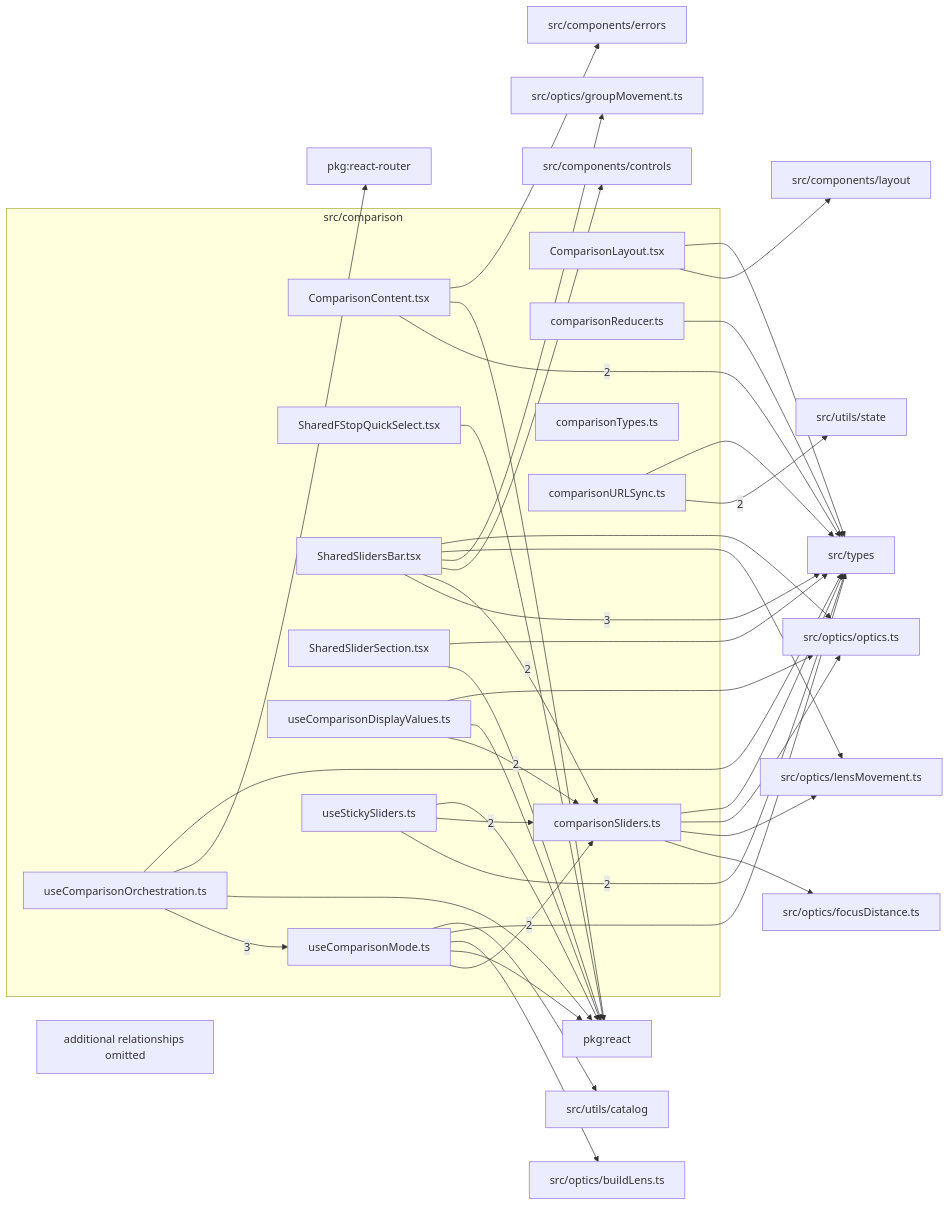
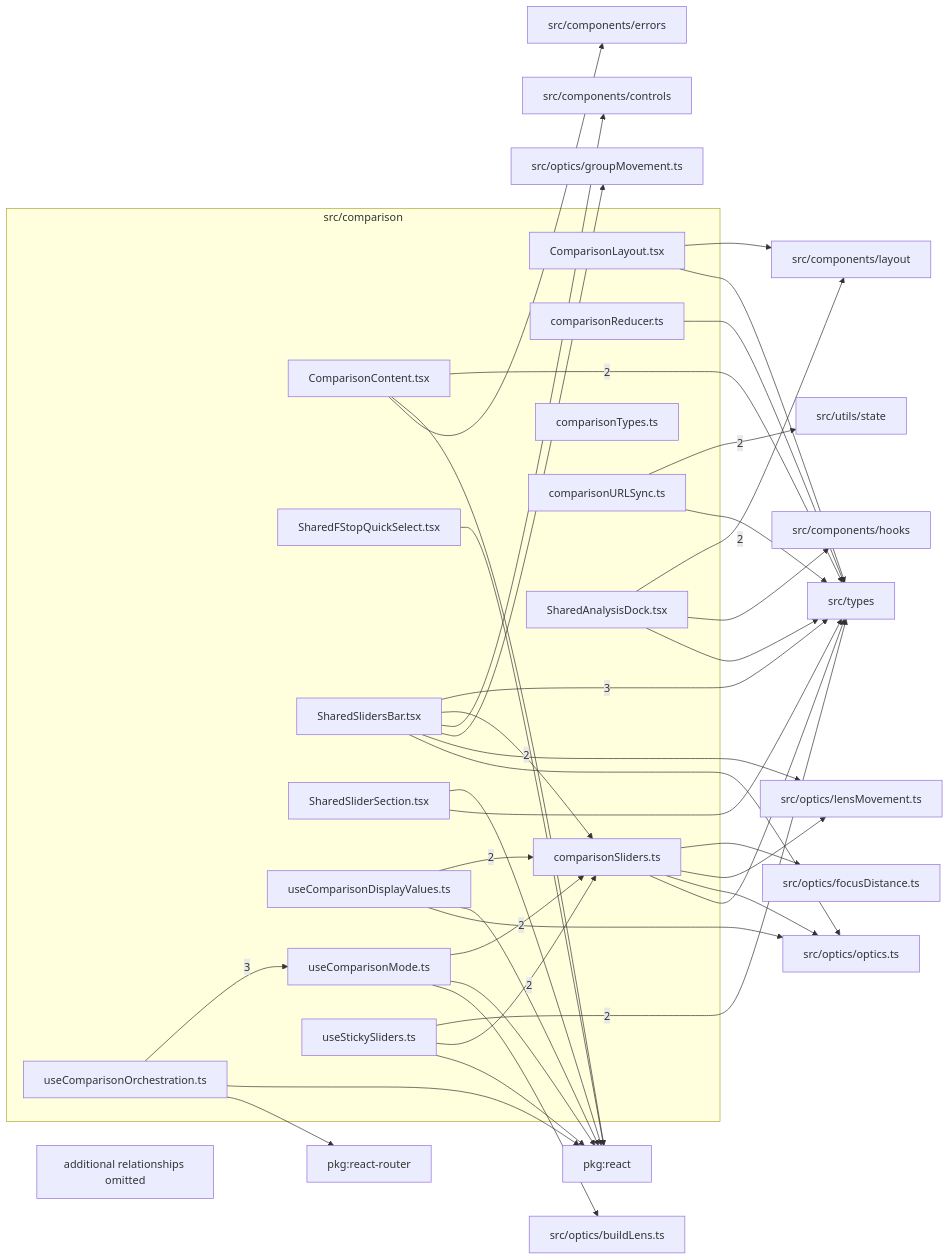
The diagram in src/comparison/readme.md (ronbuening/LensVisualizer), drawn with Mermaid before and after one commit. The commit also changed other lines of this file and 29 other files, not shown here.

First line of the commit message:
Replace the desktop analysis drawer pill with a two-row analysis dock

````diff
--- a/src/comparison/readme.md
+++ b/src/comparison/readme.md
@@ -9,68 +9,69 @@
 ```mermaid
 flowchart LR
   subgraph n_src_comparison["src/comparison"]
     n_src_comparison_src_comparison_ComparisonContent_tsx["ComparisonContent.tsx"]
     n_src_comparison_src_comparison_ComparisonLayout_tsx["ComparisonLayout.tsx"]
     n_src_comparison_src_comparison_comparisonReducer_ts["comparisonReducer.ts"]
     n_src_comparison_src_comparison_comparisonSliders_ts["comparisonSliders.ts"]
     n_src_comparison_src_comparison_comparisonTypes_ts["comparisonTypes.ts"]
     n_src_comparison_src_comparison_comparisonURLSync_ts["comparisonURLSync.ts"]
+    n_src_comparison_src_comparison_SharedAnalysisDock_tsx["SharedAnalysisDock.tsx"]
     n_src_comparison_src_comparison_SharedFStopQuickSelect_tsx["SharedFStopQuickSelect.tsx"]
     n_src_comparison_src_comparison_SharedSlidersBar_tsx["SharedSlidersBar.tsx"]
     n_src_comparison_src_comparison_SharedSliderSection_tsx["SharedSliderSection.tsx"]
     n_src_comparison_src_comparison_useComparisonDisplayValues_ts["useComparisonDisplayValues.ts"]
     n_src_comparison_src_comparison_useComparisonMode_ts["useComparisonMode.ts"]
     n_src_comparison_src_comparison_useComparisonOrchestration_ts["useComparisonOrchestration.ts"]
     n_src_comparison_src_comparison_useStickySliders_ts["useStickySliders.ts"]
   end
   n_external_src_types["src/types"]
+  n_external_src_components_layout["src/components/layout"]
   n_external_src_utils_state["src/utils/state"]
   n_external_pkg_react["pkg:react"]
   n_external_pkg_react_router["pkg:react-router"]
   n_external_src_components_controls["src/components/controls"]
   n_external_src_components_errors["src/components/errors"]
-  n_external_src_components_layout["src/components/layout"]
+  n_external_src_components_hooks["src/components/hooks"]
   n_external_src_optics_buildLens_ts["src/optics/buildLens.ts"]
   n_external_src_optics_focusDistance_ts["src/optics/focusDistance.ts"]
   n_external_src_optics_groupMovement_ts["src/optics/groupMovement.ts"]
   n_external_src_optics_lensMovement_ts["src/optics/lensMovement.ts"]
   n_external_src_optics_optics_ts["src/optics/optics.ts"]
-  n_external_src_utils_catalog["src/utils/catalog"]
   n_src_comparison_src_comparison_SharedSlidersBar_tsx --> |3| n_external_src_types
   n_src_comparison_src_comparison_useComparisonOrchestration_ts --> |3| n_src_comparison_src_comparison_useComparisonMode_ts
+  n_src_comparison_src_comparison_SharedAnalysisDock_tsx --> |2| n_external_src_components_layout
   n_src_comparison_src_comparison_ComparisonContent_tsx --> |2| n_external_src_types
   n_src_comparison_src_comparison_useStickySliders_ts --> |2| n_external_src_types
   n_src_comparison_src_comparison_comparisonURLSync_ts --> |2| n_external_src_utils_state
   n_src_comparison_src_comparison_SharedSlidersBar_tsx --> |2| n_src_comparison_src_comparison_comparisonSliders_ts
   n_src_comparison_src_comparison_useComparisonDisplayValues_ts --> |2| n_src_comparison_src_comparison_comparisonSliders_ts
   n_src_comparison_src_comparison_useComparisonMode_ts --> |2| n_src_comparison_src_comparison_comparisonSliders_ts
   n_src_comparison_src_comparison_useStickySliders_ts --> |2| n_src_comparison_src_comparison_comparisonSliders_ts
   n_src_comparison_src_comparison_ComparisonContent_tsx --> n_external_pkg_react
   n_src_comparison_src_comparison_SharedFStopQuickSelect_tsx --> n_external_pkg_react
   n_src_comparison_src_comparison_SharedSliderSection_tsx --> n_external_pkg_react
   n_src_comparison_src_comparison_useComparisonDisplayValues_ts --> n_external_pkg_react
   n_src_comparison_src_comparison_useComparisonMode_ts --> n_external_pkg_react
   n_src_comparison_src_comparison_useComparisonOrchestration_ts --> n_external_pkg_react
   n_src_comparison_src_comparison_useStickySliders_ts --> n_external_pkg_react
   n_src_comparison_src_comparison_useComparisonOrchestration_ts --> n_external_pkg_react_router
   n_src_comparison_src_comparison_SharedSlidersBar_tsx --> n_external_src_components_controls
   n_src_comparison_src_comparison_ComparisonContent_tsx --> n_external_src_components_errors
+  n_src_comparison_src_comparison_SharedAnalysisDock_tsx --> n_external_src_components_hooks
   n_src_comparison_src_comparison_ComparisonLayout_tsx --> n_external_src_components_layout
   n_src_comparison_src_comparison_useComparisonMode_ts --> n_external_src_optics_buildLens_ts
   n_src_comparison_src_comparison_comparisonSliders_ts --> n_external_src_optics_focusDistance_ts
   n_src_comparison_src_comparison_SharedSlidersBar_tsx --> n_external_src_optics_groupMovement_ts
   n_src_comparison_src_comparison_comparisonSliders_ts --> n_external_src_optics_lensMovement_ts
   n_src_comparison_src_comparison_SharedSlidersBar_tsx --> n_external_src_optics_lensMovement_ts
   n_src_comparison_src_comparison_comparisonSliders_ts --> n_external_src_optics_optics_ts
   n_src_comparison_src_comparison_SharedSlidersBar_tsx --> n_external_src_optics_optics_ts
   n_src_comparison_src_comparison_useComparisonDisplayValues_ts --> n_external_src_optics_optics_ts
   n_src_comparison_src_comparison_ComparisonLayout_tsx --> n_external_src_types
   n_src_comparison_src_comparison_comparisonReducer_ts --> n_external_src_types
   n_src_comparison_src_comparison_comparisonSliders_ts --> n_external_src_types
   n_src_comparison_src_comparison_comparisonURLSync_ts --> n_external_src_types
+  n_src_comparison_src_comparison_SharedAnalysisDock_tsx --> n_external_src_types
   n_src_comparison_src_comparison_SharedSliderSection_tsx --> n_external_src_types
-  n_src_comparison_src_comparison_useComparisonMode_ts --> n_external_src_types
-  n_src_comparison_src_comparison_useComparisonOrchestration_ts --> n_external_src_types
-  n_src_comparison_src_comparison_useComparisonMode_ts --> n_external_src_utils_catalog
   n_src_comparison_truncated["additional relationships omitted"]
 ```
````
